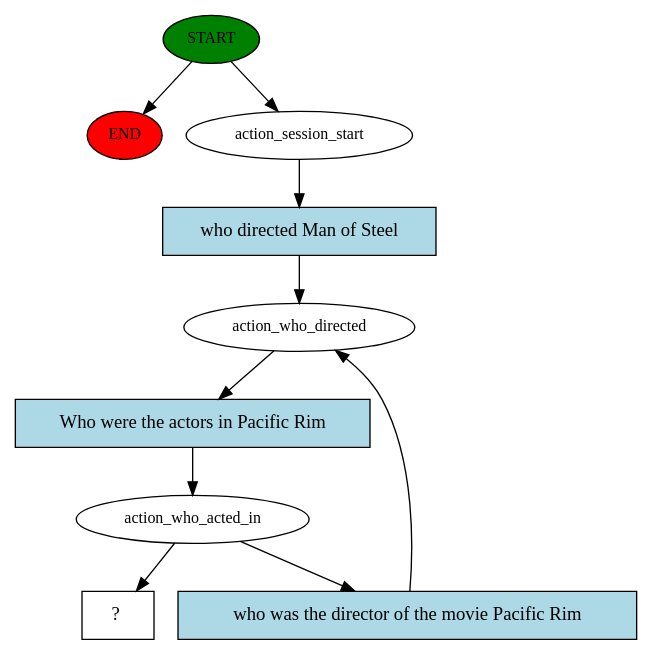
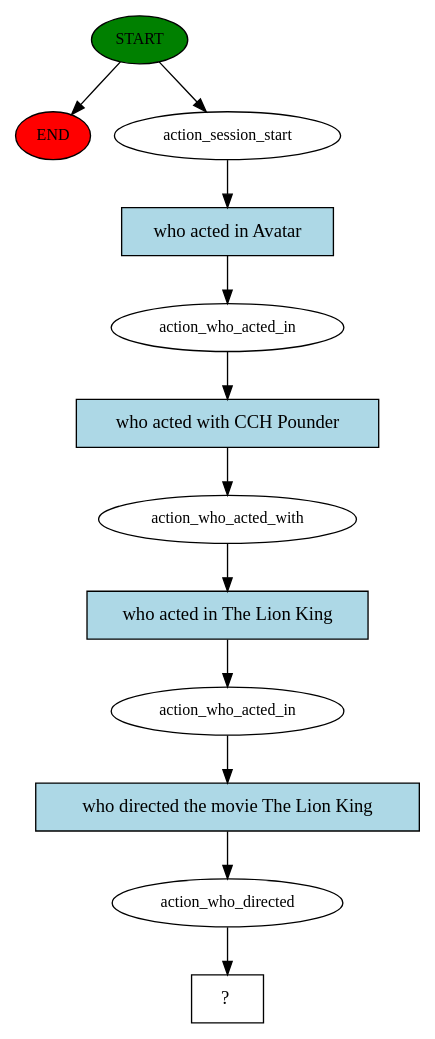
Before and after one commit to dchamb16/msds_459_chatbot: the diagram in story_graph.dot, drawn with Graphviz. The commit also changed 10 other files, not shown here.

```diff
--- a/story_graph.dot
+++ b/story_graph.dot
@@ -1,20 +1,25 @@
 digraph  {
 0 [class="start active", fillcolor=green, fontsize=12, label=START, style=filled];
 "-1" [class=end, fillcolor=red, fontsize=12, label=END, style=filled];
 1 [class=active, fontsize=12, label=action_session_start];
-2 [class=active, fontsize=12, label=action_who_directed];
-3 [class=active, fontsize=12, label=action_who_acted_in];
+2 [class=active, fontsize=12, label=action_who_acted_in];
+3 [class=active, fontsize=12, label=action_who_acted_with];
+4 [class=active, fontsize=12, label=action_who_acted_in];
+5 [class=active, fontsize=12, label=action_who_directed];
 6 [class="intent dashed active", label="  ?  ", shape=rect];
-7 [class="intent active", fillcolor=lightblue, label="who directed Man of Steel", shape=rect, style=filled];
-8 [class="intent active", fillcolor=lightblue, label="Who were the actors in Pacific Rim", shape=rect, style=filled];
-9 [class="intent active", fillcolor=lightblue, label="who was the director of the movie Pacific Rim", shape=rect, style=filled];
+7 [class="intent active", fillcolor=lightblue, label="who acted in Avatar", shape=rect, style=filled];
+8 [class="intent active", fillcolor=lightblue, label="who acted with CCH Pounder", shape=rect, style=filled];
+9 [class="intent active", fillcolor=lightblue, label="who acted in The Lion King", shape=rect, style=filled];
+10 [class="intent active", fillcolor=lightblue, label="who directed the movie The Lion King", shape=rect, style=filled];
 0 -> "-1"  [class="", key=NONE, label=""];
 0 -> 1  [class=active, key=NONE, label=""];
 1 -> 7  [class=active, key=0];
 2 -> 8  [class=active, key=0];
-3 -> 6  [class=active, key=NONE, label=""];
 3 -> 9  [class=active, key=0];
+4 -> 10  [class=active, key=0];
+5 -> 6  [class=active, key=NONE, label=""];
 7 -> 2  [class=active, key=0];
 8 -> 3  [class=active, key=0];
-9 -> 2  [class=active, key=0];
+9 -> 4  [class=active, key=0];
+10 -> 5  [class=active, key=0];
 }
```
